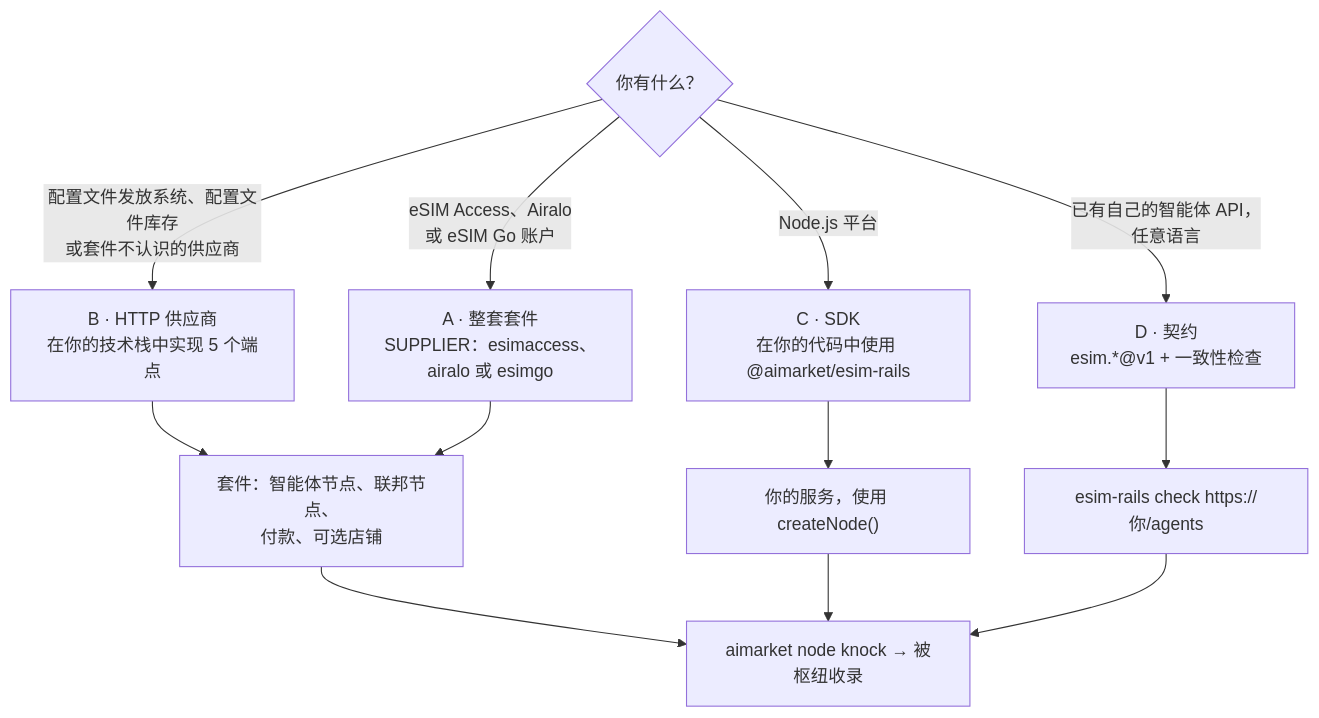
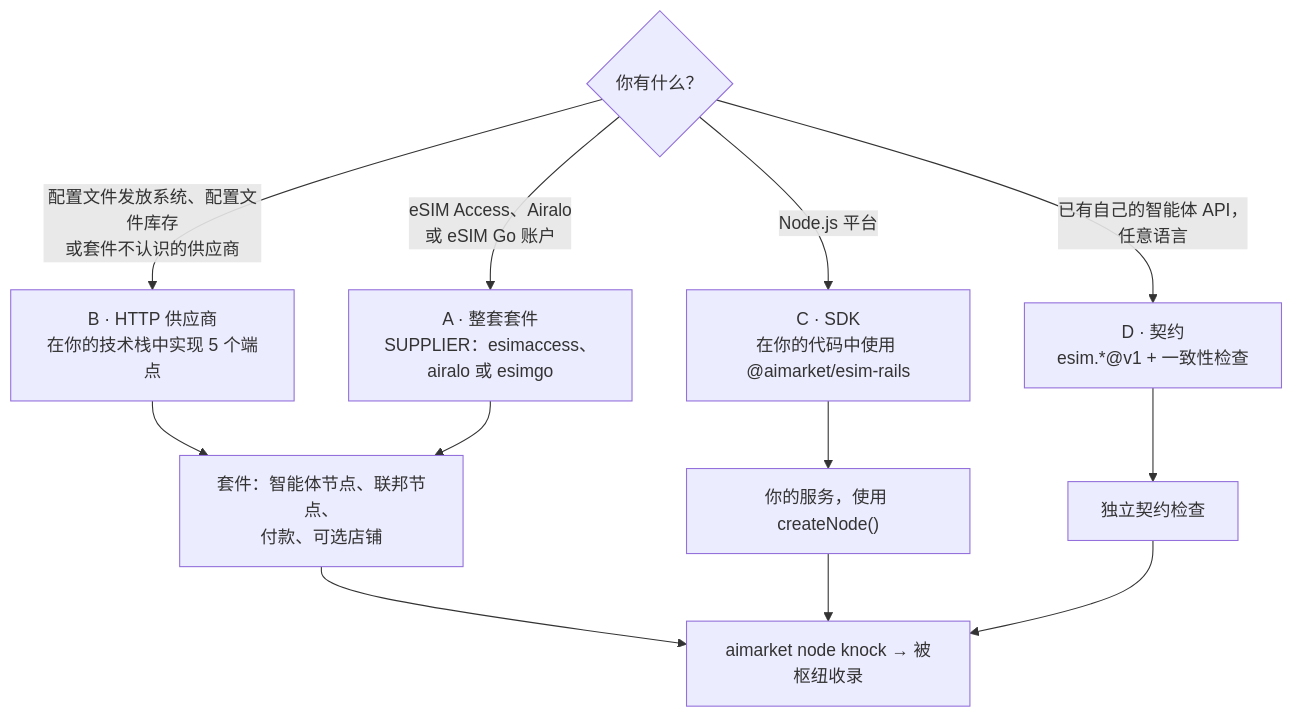
One commit to alexar76/esim-operator-kit changed the third of 3 diagrams in README.zh.md. Above: the diagram before and after it, drawn with Mermaid. The commit also changed other lines of this file and 13 other files, not shown here.

````diff
--- a/README.zh.md
+++ b/README.zh.md
@@ -139,15 +139,15 @@
 ```mermaid
 flowchart TB
   Q{"你有什么？"}
   Q -->|"eSIM Access、Airalo<br/>或 eSIM Go 账户"| A2["A · 整套套件<br/>SUPPLIER：esimaccess、airalo 或 esimgo"]
   Q -->|"配置文件发放系统、配置文件库存<br/>或套件不认识的供应商"| B["B · HTTP 供应商<br/>在你的技术栈中实现 5 个端点"]
   Q -->|"Node.js 平台"| C["C · SDK<br/>在你的代码中使用 @aimarket/esim-rails"]
   Q -->|"已有自己的智能体 API，<br/>任意语言"| D["D · 契约<br/>esim.*@v1 + 一致性检查"]
   B --> R["套件：智能体节点、联邦节点、<br/>付款、可选店铺"]
   C --> R2["你的服务，使用 createNode()"]
-  D --> R3["esim-rails check https://你/agents"]
+  D --> R3["独立契约检查"]
   A2 --> R
   R --> F["aimarket node knock → 被枢纽收录"]
   R2 --> F
   R3 --> F
 ```
````
